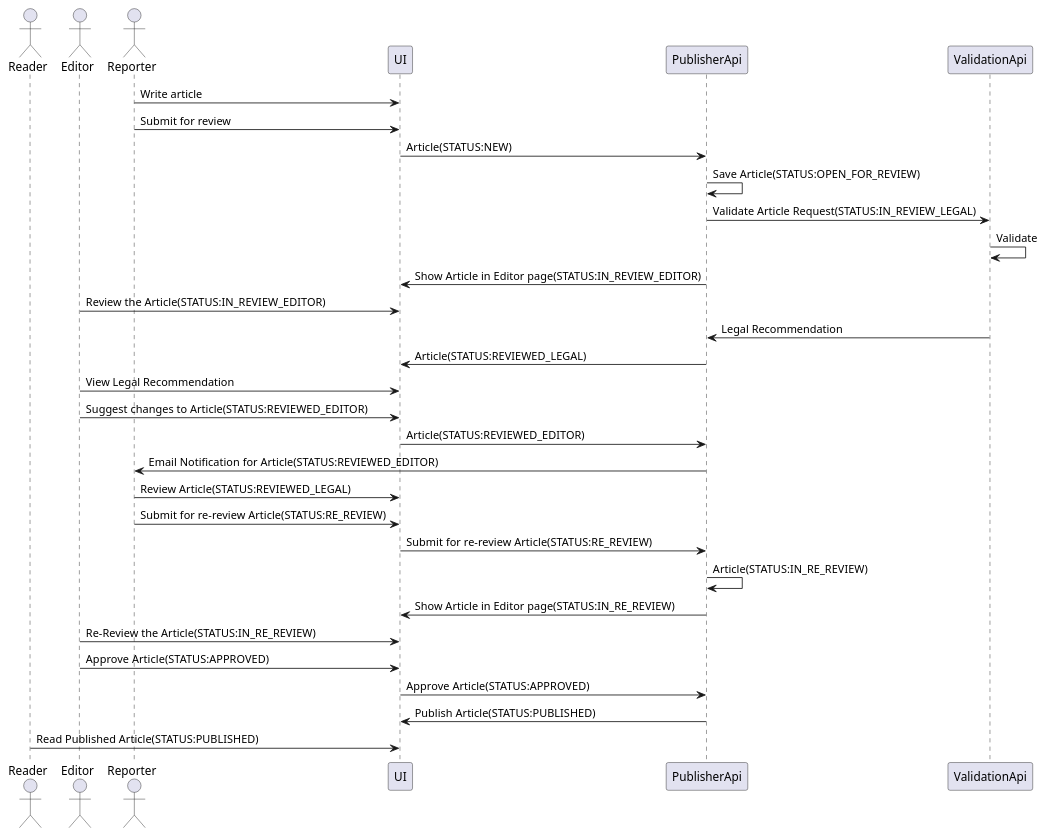
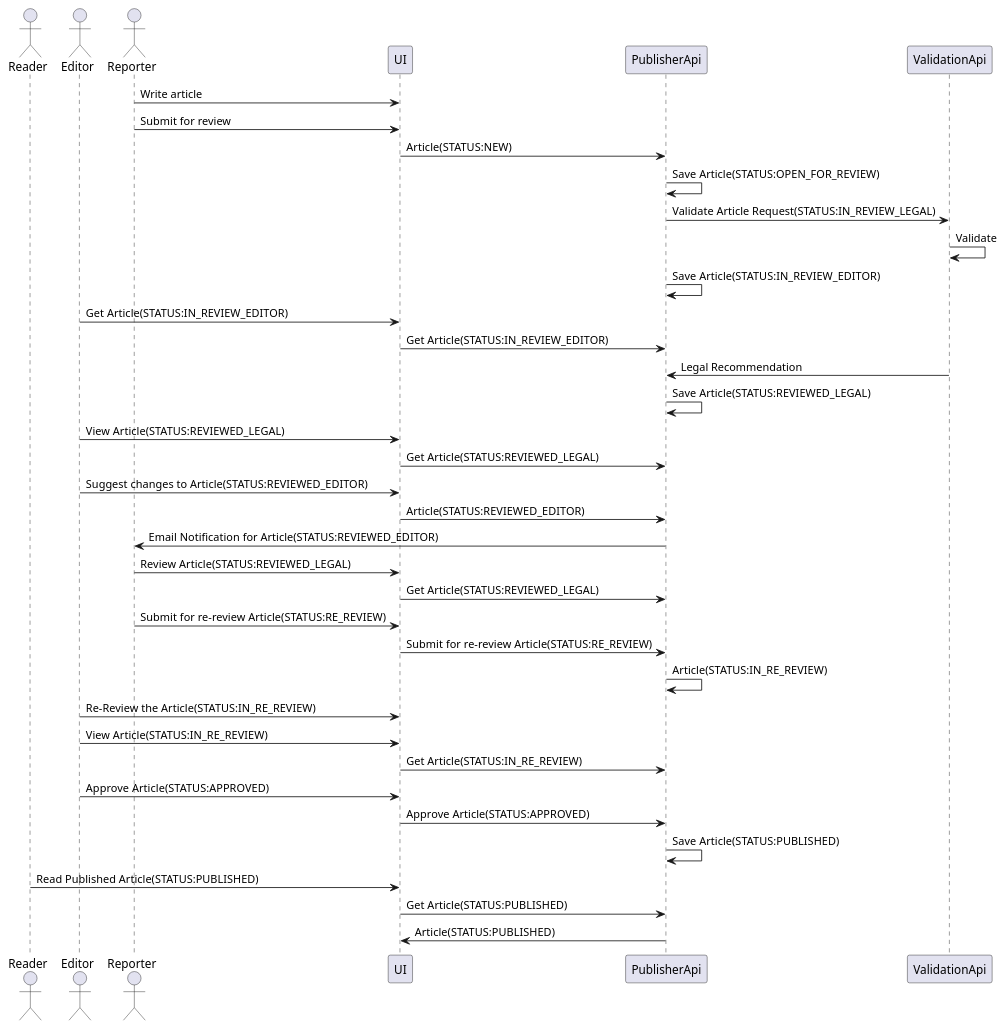
One commit to chintanKalkura/news-publisher-service changed the diagram in news-publisher-review-sequence.puml. Above: the diagram before and after it, drawn with PlantUML. The commit also changed 7 other files, not shown here.

```diff
--- a/news-publisher-review-sequence.puml
+++ b/news-publisher-review-sequence.puml
@@ -2,33 +2,39 @@
 @startuml
 'Changes suggested flow.
 actor Reader
 actor Editor
 actor Reporter
 participant UI
 participant PublisherApi
 participant ValidationApi
 Reporter -> UI: Write article
 Reporter -> UI: Submit for review
 UI -> PublisherApi: Article(STATUS:NEW)
 PublisherApi -> PublisherApi: Save Article(STATUS:OPEN_FOR_REVIEW)
 PublisherApi -> ValidationApi: Validate Article Request(STATUS:IN_REVIEW_LEGAL)
 ValidationApi -> ValidationApi: Validate
-PublisherApi -> UI: Show Article in Editor page(STATUS:IN_REVIEW_EDITOR)
-Editor -> UI: Review the Article(STATUS:IN_REVIEW_EDITOR)
+PublisherApi -> PublisherApi: Save Article(STATUS:IN_REVIEW_EDITOR)
+Editor -> UI: Get Article(STATUS:IN_REVIEW_EDITOR)
+UI -> PublisherApi: Get Article(STATUS:IN_REVIEW_EDITOR)
 ValidationApi -> PublisherApi: Legal Recommendation
-PublisherApi -> UI:Article(STATUS:REVIEWED_LEGAL)
-Editor -> UI:View Legal Recommendation
+PublisherApi -> PublisherApi: Save Article(STATUS:REVIEWED_LEGAL)
+Editor -> UI:View Article(STATUS:REVIEWED_LEGAL)
+UI -> PublisherApi: Get Article(STATUS:REVIEWED_LEGAL)
 Editor -> UI: Suggest changes to Article(STATUS:REVIEWED_EDITOR)
 UI -> PublisherApi: Article(STATUS:REVIEWED_EDITOR)
 PublisherApi -> Reporter: Email Notification for Article(STATUS:REVIEWED_EDITOR)
 Reporter -> UI: Review Article(STATUS:REVIEWED_LEGAL)
+UI -> PublisherApi: Get Article(STATUS:REVIEWED_LEGAL)
 Reporter -> UI: Submit for re-review Article(STATUS:RE_REVIEW)
 UI -> PublisherApi: Submit for re-review Article(STATUS:RE_REVIEW)
 PublisherApi -> PublisherApi : Article(STATUS:IN_RE_REVIEW)
-PublisherApi -> UI : Show Article in Editor page(STATUS:IN_RE_REVIEW)
 Editor -> UI : Re-Review the Article(STATUS:IN_RE_REVIEW)
+Editor -> UI:View Article(STATUS:IN_RE_REVIEW)
+UI -> PublisherApi: Get Article(STATUS:IN_RE_REVIEW)
 Editor -> UI: Approve Article(STATUS:APPROVED)
 UI -> PublisherApi: Approve Article(STATUS:APPROVED)
-PublisherApi -> UI : Publish Article(STATUS:PUBLISHED)
+PublisherApi -> PublisherApi: Save Article(STATUS:PUBLISHED)
 Reader -> UI: Read Published Article(STATUS:PUBLISHED)
+UI -> PublisherApi: Get Article(STATUS:PUBLISHED)
+PublisherApi -> UI: Article(STATUS:PUBLISHED)
 @enduml
```
